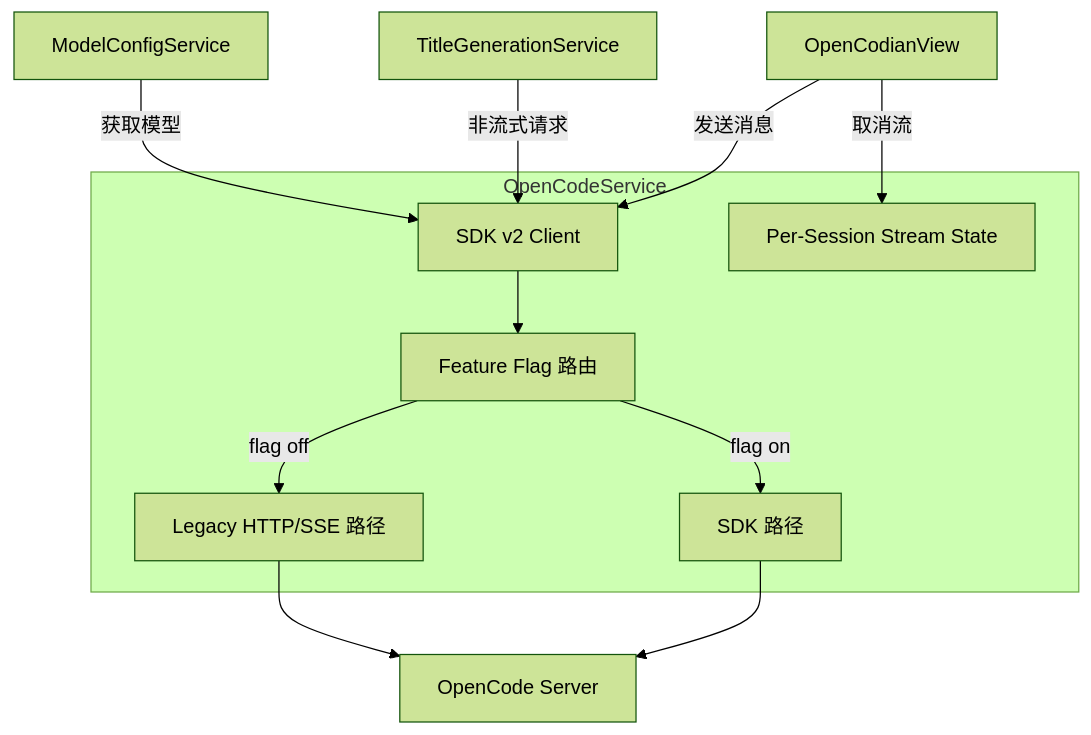
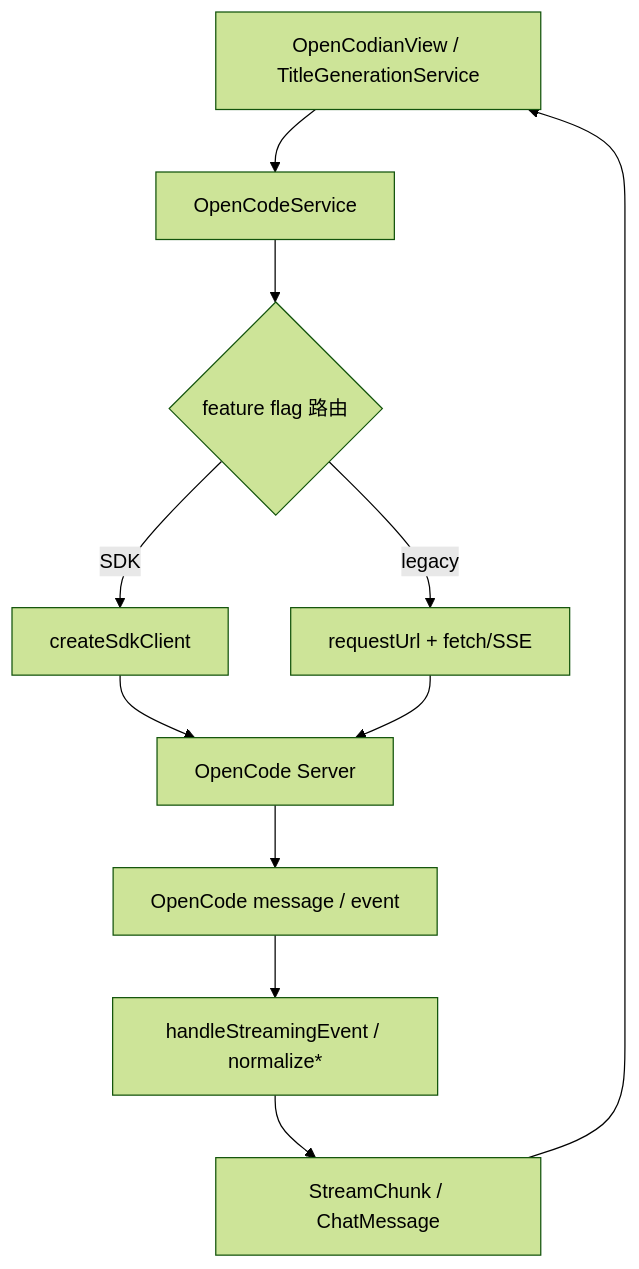
The diagram in docs/modules/core/opencode/OpenCodeService.md (OCDcreator/opencodian), drawn with Mermaid (forest theme) before and after one commit. The commit also changed other lines of this file and 98 other files, not shown here.

````diff
--- a/docs/modules/core/opencode/OpenCodeService.md
+++ b/docs/modules/core/opencode/OpenCodeService.md
@@ -125,17 +267,13 @@
 ```mermaid
 graph TD
-    subgraph "OpenCodeService"
-        A[SDK v2 Client] --> B[Feature Flag 路由]
-        B -->|flag on| C[SDK 路径]
-        B -->|flag off| D[Legacy HTTP/SSE 路径]
-        E[Per-Session Stream State]
-    end
-    
-    F[OpenCodianView] -->|发送消息| A
-    F -->|取消流| E
-    G[TitleGenerationService] -->|非流式请求| A
-    H[ModelConfigService] -->|获取模型| A
-    
-    C --> I[OpenCode Server]
-    D --> I
+    A[OpenCodianView / TitleGenerationService] --> B[OpenCodeService]
+    B --> C{feature flag 路由}
+    C -->|SDK| D[createSdkClient]
+    C -->|legacy| E[requestUrl + fetch/SSE]
+    D --> F[OpenCode Server]
+    E --> F
+    F --> G[OpenCode message / event]
+    G --> H[handleStreamingEvent / normalize*]
+    H --> I[StreamChunk / ChatMessage]
+    I --> A
 ```
````
